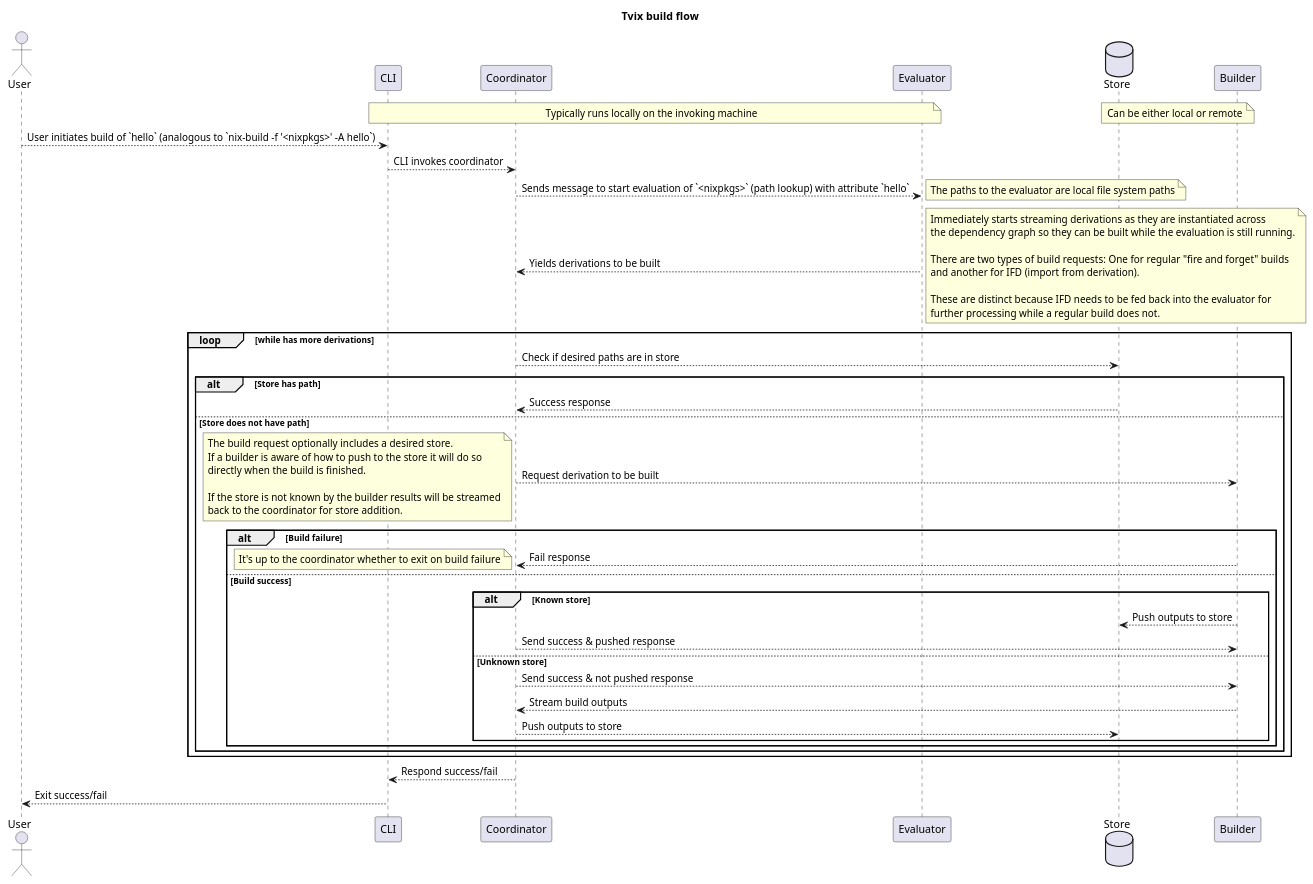
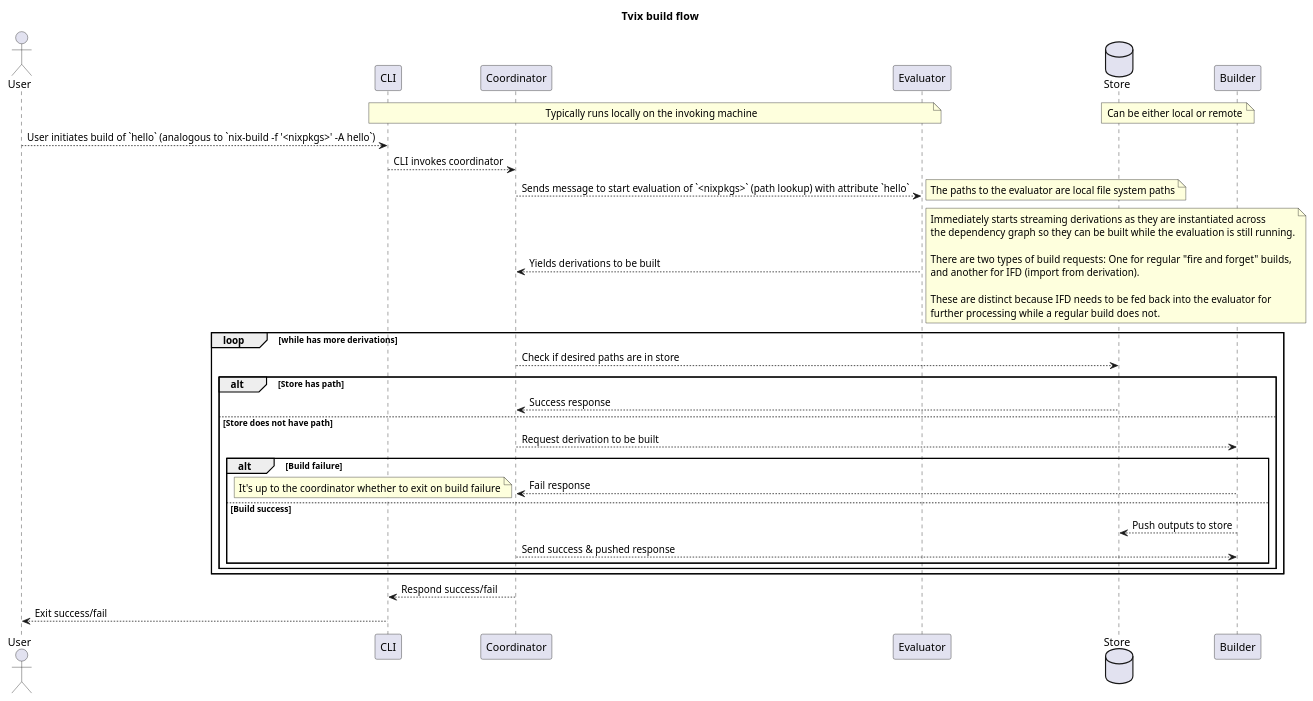
One commit to thkoch2001/tvlfyi_depot changed the diagram in tvix/docs/component-flow.puml. Above: the diagram before and after it, drawn with PlantUML. The commit also changed 1 other file, not shown here.

```diff
--- a/tvix/docs/component-flow.puml
+++ b/tvix/docs/component-flow.puml
@@ -1,74 +1,60 @@
 @startuml
 
 title Tvix build flow
 
 actor User
 participant CLI
 participant "Coordinator" as Coord
 participant "Evaluator" as Eval
 database Store
 participant "Builder" as Build
 
 note over CLI,Eval
     Typically runs locally on the invoking machine
 end note
 / note over Store, Build
     Can be either local or remote
 end note
 
 User-->CLI: User initiates build of `hello` (analogous to `nix-build -f '<nixpkgs>' -A hello`)
 
 CLI-->Coord: CLI invokes coordinator
 
 Coord-->Eval: Sends message to start evaluation of `<nixpkgs>` (path lookup) with attribute `hello`
 note right: The paths to the evaluator are local file system paths
 
 Coord<--Eval: Yields derivations to be built
 note right
     Immediately starts streaming derivations as they are instantiated across
     the dependency graph so they can be built while the evaluation is still running.
 
-    There are two types of build requests: One for regular "fire and forget" builds
+    There are two types of build requests: One for regular "fire and forget" builds,
     and another for IFD (import from derivation).
 
     These are distinct because IFD needs to be fed back into the evaluator for
     further processing while a regular build does not.
 end note
 
 loop while has more derivations
 
     Coord-->Store: Check if desired paths are in store
     alt Store has path
         Coord<--Store: Success response
     else Store does not have path
         Coord-->Build: Request derivation to be built
-        note left
-            The build request optionally includes a desired store.
-            If a builder is aware of how to push to the store it will do so
-            directly when the build is finished.
-
-            If the store is not known by the builder results will be streamed
-            back to the coordinator for store addition.
-        end note
 
         alt Build failure
             Coord<--Build: Fail response
             note left: It's up to the coordinator whether to exit on build failure
         else Build success
-            alt Known store
-                Build-->Store: Push outputs to store
-                Build<--Coord: Send success & pushed response
-            else Unknown store
-                Build<--Coord: Send success & not pushed response
-                Coord<--Build: Stream build outputs
-                Coord-->Store: Push outputs to store
-            end
+            Build-->Store: Push outputs to store
+            Build<--Coord: Send success & pushed response
         end
 
     end
 end
 
 CLI<--Coord: Respond success/fail
 User<--CLI: Exit success/fail
 
 @enduml
```
